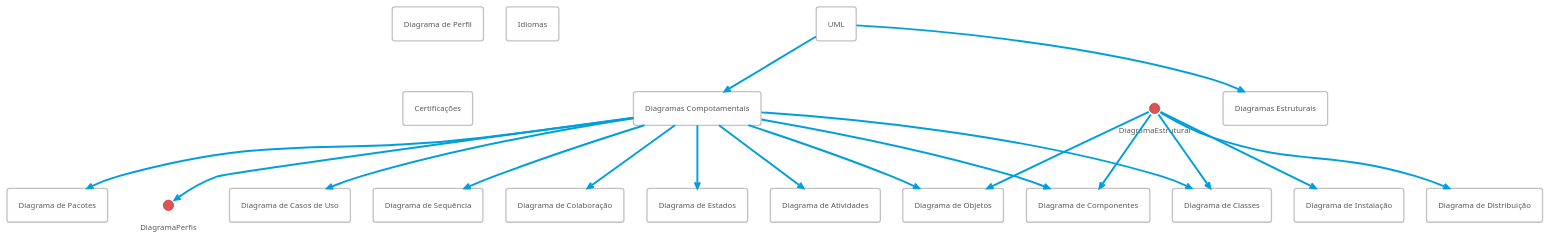
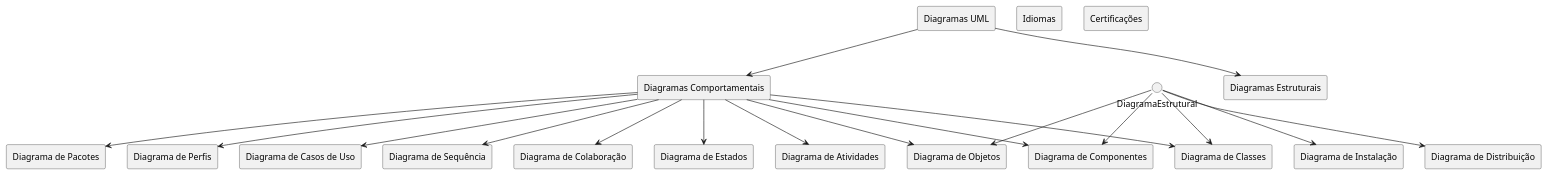
Before and after one commit to LeonardoVieiraGuimaraes/OrientacaoObjetos: the diagram in UML/UML.puml, drawn with PlantUML.

Commit message:
Changes to be committed: 	modified:   UML/UML.puml

```diff
--- a/UML/UML.puml
+++ b/UML/UML.puml
@@ -1,43 +1,43 @@
-@startuml DiagramaUML
-    !theme bluegray
-    rectangle "UML" as UML
+@startuml
+
+    rectangle "Diagramas UML" as UML
     rectangle "Diagramas Estruturais" as DiagramasEstruturais
-    rectangle "Diagramas Compotamentais" as DiagramaCompotamental
+    rectangle "Diagramas Comportamentais" as DiagramaCompotamental
     rectangle "Diagrama de Classes" as DiagramaClasses
     rectangle "Diagrama de Objetos" as DiagramaObjetos
     rectangle "Diagrama de Componentes" as DiagramaComponentes
     rectangle "Diagrama de Instalação" as DiagramaInstalacao
     rectangle "Diagrama de Distribuição" as DiagramaDistribuicao
     rectangle "Diagrama de Casos de Uso" as DiagramaCasosUso
     rectangle "Diagrama de Sequência" as DiagramaSequencia
     rectangle "Diagrama de Colaboração" as DiagramaColaboracao
     rectangle "Diagrama de Estados" as DiagramaEstados
     rectangle "Diagrama de Atividades" as DiagramaAtividades
     rectangle "Diagrama de Componentes" as DiagramaComponentes
     rectangle "Diagrama de Objetos" as DiagramaObjetos
     rectangle "Diagrama de Pacotes" as DiagramaPacotes
-    rectangle "Diagrama de Perfil" as DiagramaPerfil
+    rectangle "Diagrama de Perfis" as DiagramaPerfis
 
     rectangle "Idiomas" as Idiomas
     rectangle "Certificações" as Certificacoes
 
 UML --> DiagramasEstruturais
 UML --> DiagramaCompotamental
 DiagramaCompotamental --> DiagramaClasses
 DiagramaEstrutural --> DiagramaClasses
 DiagramaEstrutural --> DiagramaObjetos
 DiagramaEstrutural --> DiagramaComponentes
 DiagramaEstrutural --> DiagramaInstalacao
 DiagramaEstrutural --> DiagramaDistribuicao
 DiagramaCompotamental --> DiagramaCasosUso
 DiagramaCompotamental --> DiagramaSequencia
 DiagramaCompotamental --> DiagramaColaboracao
 DiagramaCompotamental --> DiagramaEstados
 DiagramaCompotamental --> DiagramaAtividades
 DiagramaCompotamental --> DiagramaComponentes
 DiagramaCompotamental --> DiagramaObjetos
 DiagramaCompotamental --> DiagramaPacotes
 DiagramaCompotamental --> DiagramaPerfis
 
 
 @enduml
```
